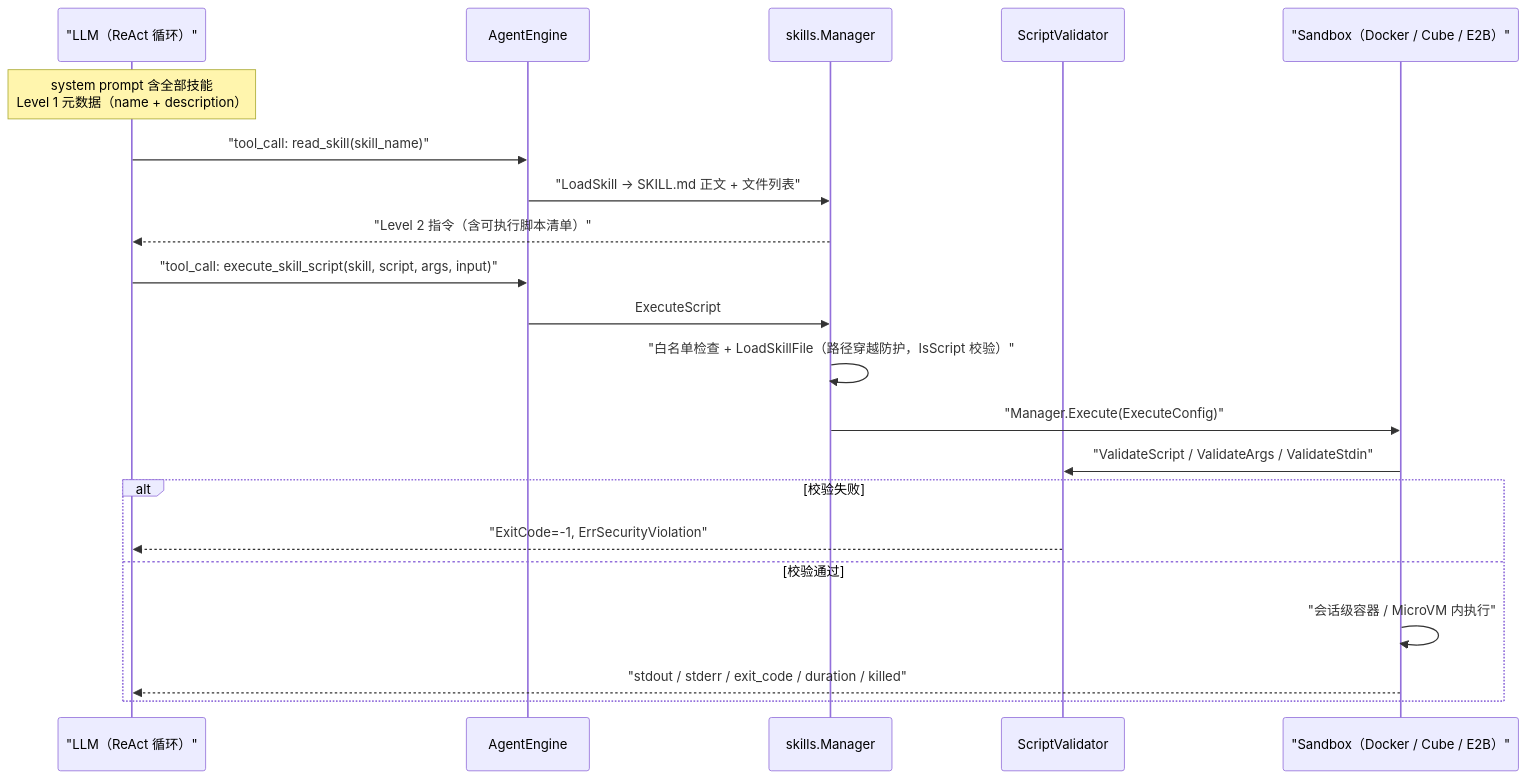
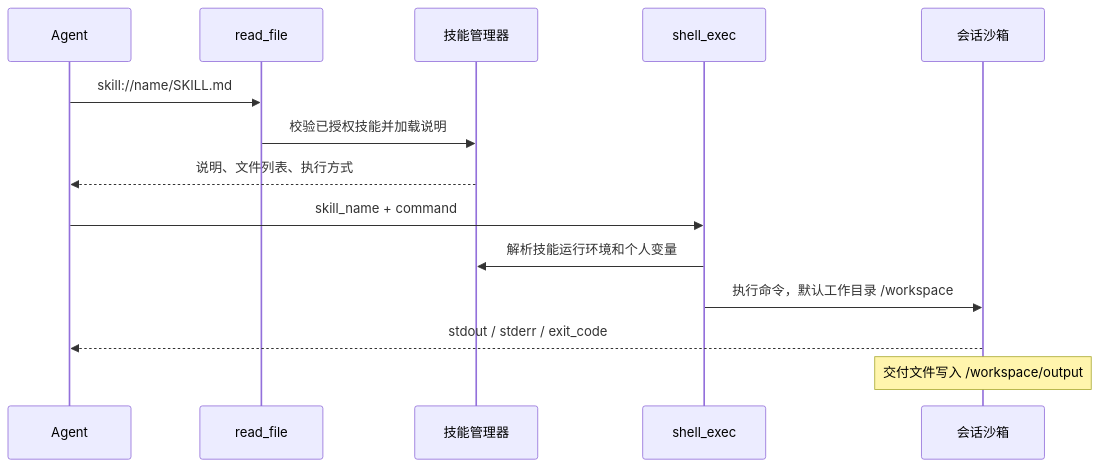
The third of 3 diagrams in website-docs/03-features/07-agent.md (Tencent/WeKnora), drawn with Mermaid before and after one commit. The commit also changed other lines of this file and 43 other files, not shown here.

````diff
--- a/website-docs/03-features/07-agent.md
+++ b/website-docs/03-features/07-agent.md
@@ -456,24 +413,16 @@
 ```mermaid
 sequenceDiagram
-    participant LLM as "LLM（ReAct 循环）"
-    participant ENG as AgentEngine
-    participant SK as skills.Manager
-    participant VAL as ScriptValidator
-    participant SBX as "Sandbox（Docker / Cube / E2B）"
-
-    Note over LLM: system prompt 含全部技能<br/>Level 1 元数据（name + description）
-    LLM->>ENG: "tool_call: read_skill(skill_name)"
-    ENG->>SK: "LoadSkill → SKILL.md 正文 + 文件列表"
-    SK-->>LLM: "Level 2 指令（含可执行脚本清单）"
-    LLM->>ENG: "tool_call: execute_skill_script(skill, script, args, input)"
-    ENG->>SK: ExecuteScript
-    SK->>SK: "白名单检查 + LoadSkillFile（路径穿越防护，IsScript 校验）"
-    SK->>SBX: "Manager.Execute(ExecuteConfig)"
-    SBX->>VAL: "ValidateScript / ValidateArgs / ValidateStdin"
-    alt 校验失败
-        VAL-->>LLM: "ExitCode=-1, ErrSecurityViolation"
-    else 校验通过
-        SBX->>SBX: "会话级容器 / MicroVM 内执行"
-        SBX-->>LLM: "stdout / stderr / exit_code / duration / killed"
-    end
+    participant LLM as Agent
+    participant Reader as read_file
+    participant Manager as 技能管理器
+    participant Shell as shell_exec
+    participant SBX as 会话沙箱
+    LLM->>Reader: skill://name/SKILL.md
+    Reader->>Manager: 校验已授权技能并加载说明
+    Manager-->>LLM: 说明、文件列表、执行方式
+    LLM->>Shell: skill_name + command
+    Shell->>Manager: 解析技能运行环境和个人变量
+    Shell->>SBX: 执行命令，默认工作目录 /workspace
+    SBX-->>LLM: stdout / stderr / exit_code
+    Note over SBX: 交付文件写入 /workspace/output
 ```
````
